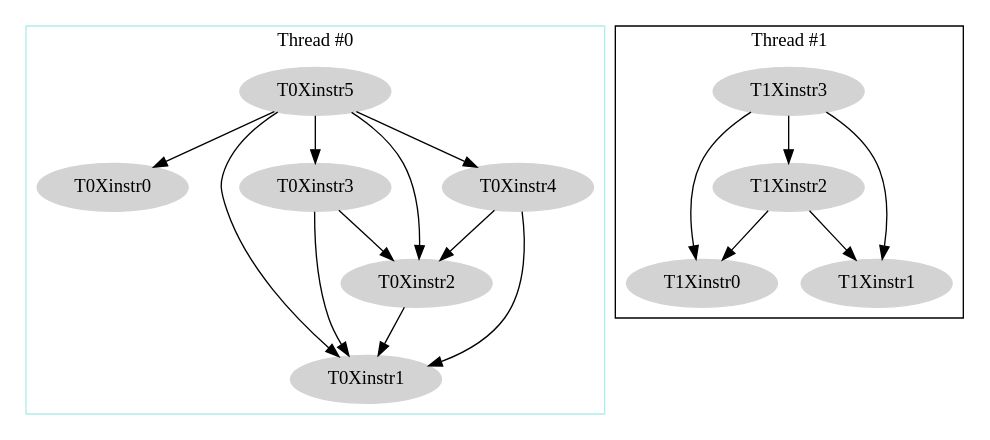
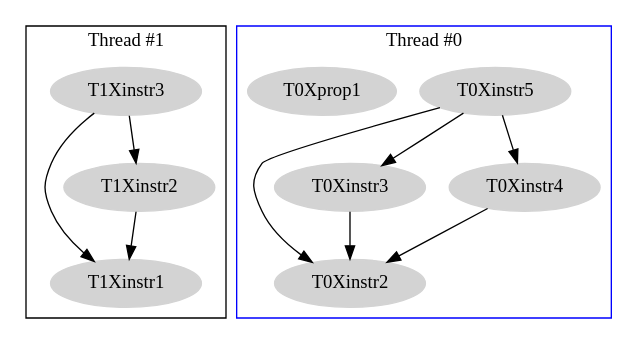
Before and after one commit to K-dizzled/isa-interprerter: the diagram in etc/graphs/graph2.dot, drawn with Graphviz. The commit also changed 15 other files, not shown here.

```diff
--- a/etc/graphs/graph2.dot
+++ b/etc/graphs/graph2.dot
@@ -1,1 +1,1 @@
-digraph{subgraph cluster_0{color=paleturquoise;node[style="filled",color=lightgray];label="Thread #0";T0Xinstr0;T0Xinstr1;T0Xinstr2;T0Xinstr2->T0Xinstr1;T0Xinstr3;T0Xinstr3->T0Xinstr1;T0Xinstr3->T0Xinstr2;T0Xinstr4;T0Xinstr4->T0Xinstr1;T0Xinstr4->T0Xinstr2;T0Xinstr5;T0Xinstr5->T0Xinstr1;T0Xinstr5->T0Xinstr2;T0Xinstr5->T0Xinstr0;T0Xinstr5->T0Xinstr3;T0Xinstr5->T0Xinstr4;}subgraph cluster_1{color=black;node[style="filled",color=lightgray];label="Thread #1";T1Xinstr0;T1Xinstr1;T1Xinstr2;T1Xinstr2->T1Xinstr0;T1Xinstr2->T1Xinstr1;T1Xinstr3;T1Xinstr3->T1Xinstr0;T1Xinstr3->T1Xinstr1;T1Xinstr3->T1Xinstr2;}}
+digraph{subgraph cluster_0{color=black;node[style="filled",color=lightgray];label="Thread #1";T1Xinstr1;T1Xinstr2;T1Xinstr2->T1Xinstr1;T1Xinstr3;T1Xinstr3->T1Xinstr1;T1Xinstr3->T1Xinstr2;}subgraph cluster_1{color=blue;node[style="filled",color=lightgray];label="Thread #0";T0Xinstr2;T0Xinstr3;T0Xinstr3->T0Xinstr2;T0Xinstr4;T0Xinstr4->T0Xinstr2;T0Xinstr5;T0Xinstr5->T0Xinstr2;T0Xinstr5->T0Xinstr3;T0Xinstr5->T0Xinstr4;T0Xprop1;}}
```
